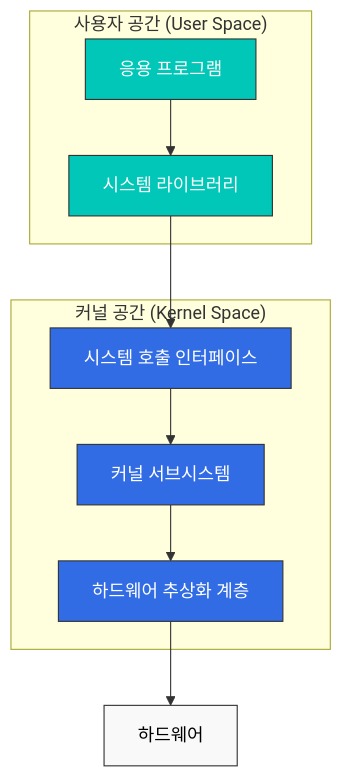
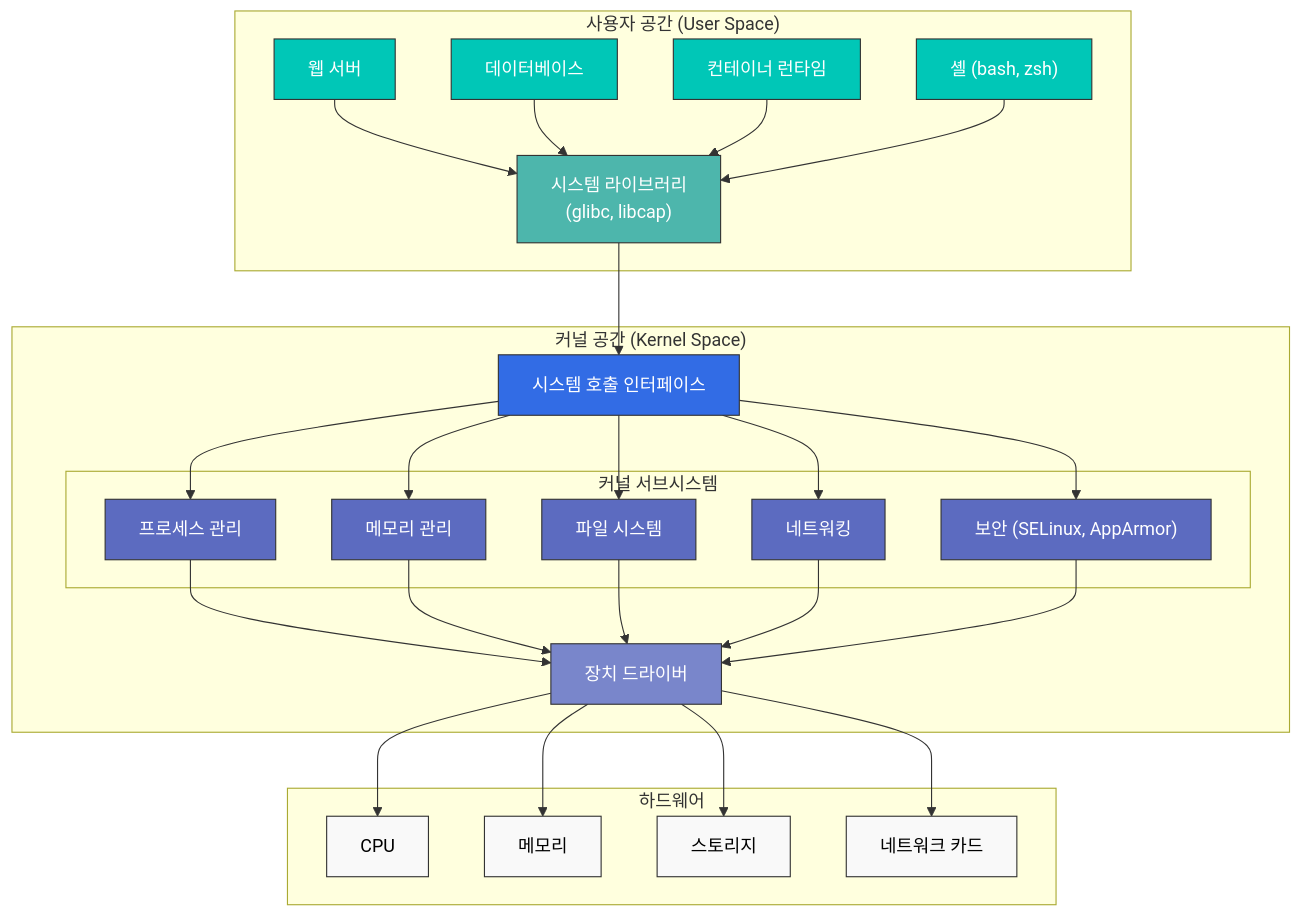
The first of 4 diagrams in basics/01-linux-basics.md (Atom-oh/kubernetes-docs), drawn with Mermaid before and after one commit. The commit also changed other lines of this file and 8 other files, not shown here.

Commit message:
다이어그램 업데이트

````diff
--- a/basics/01-linux-basics.md
+++ b/basics/01-linux-basics.md
@@ -29,33 +29,56 @@
 ```mermaid
-flowchart TD
-    %% 노드 정의
-    subgraph US["사용자 공간 (User Space)"]
-        AP["응용 프로그램"]
-        SL["시스템 라이브러리"]
+flowchart TB
+    subgraph "사용자 공간 (User Space)"
+        APP1["웹 서버"]
+        APP2["데이터베이스"]
+        APP3["컨테이너 런타임"]
+        SHELL["셸 (bash, zsh)"]
+        LIBS["시스템 라이브러리\n(glibc, libcap)"]
     end
     
-    subgraph KS["커널 공간 (Kernel Space)"]
-        SCI["시스템 호출 인터페이스"]
-        KSS["커널 서브시스템"]
-        HAL["하드웨어 추상화 계층"]
+    subgraph "커널 공간 (Kernel Space)"
+        SYSCALL["시스템 호출 인터페이스"]
+        
+        subgraph "커널 서브시스템"
+            PROC["프로세스 관리"]
+            MEM["메모리 관리"]
+            FS["파일 시스템"]
+            NET["네트워킹"]
+            SEC["보안 (SELinux, AppArmor)"]
+        end
+        
+        DRIVERS["장치 드라이버"]
     end
     
-    HW["하드웨어"]
+    subgraph "하드웨어"
+        CPU["CPU"]
+        RAM["메모리"]
+        DISK["스토리지"]
+        NIC["네트워크 카드"]
+    end
     
     %% 연결 정의
-    AP --> SL
-    SL --> SCI
-    SCI --> KSS
-    KSS --> HAL
-    HAL --> HW
+    APP1 & APP2 & APP3 & SHELL --> LIBS
+    LIBS --> SYSCALL
     
-    %% 스타일 적용
-    classDef userSpace fill:#00C7B7,stroke:#333,stroke-width:1px,color:white;
-    classDef kernelSpace fill:#326CE5,stroke:#333,stroke-width:1px,color:white;
+    SYSCALL --> PROC & MEM & FS & NET & SEC
+    PROC & MEM & FS & NET & SEC --> DRIVERS
+    
+    DRIVERS --> CPU & RAM & DISK & NIC
+    
+    %% 스타일 정의
+    classDef userApp fill:#00C7B7,stroke:#333,stroke-width:1px,color:white;
+    classDef userLib fill:#4DB6AC,stroke:#333,stroke-width:1px,color:white;
+    classDef k8sComponent fill:#326CE5,stroke:#333,stroke-width:1px,color:white;
+    classDef kernelSub fill:#5C6BC0,stroke:#333,stroke-width:1px,color:white;
+    classDef drivers fill:#7986CB,stroke:#333,stroke-width:1px,color:white;
     classDef hardware fill:#f9f9f9,stroke:#333,stroke-width:1px,color:black;
     
     %% 클래스 적용
-    class AP,SL userSpace
-    class SCI,KSS,HAL kernelSpace
-    class HW hardware
+    class APP1,APP2,APP3,SHELL userApp
+    class LIBS userLib
+    class SYSCALL k8sComponent
+    class PROC,MEM,FS,NET,SEC kernelSub
+    class DRIVERS drivers
+    class CPU,RAM,DISK,NIC hardware
 ```
````
